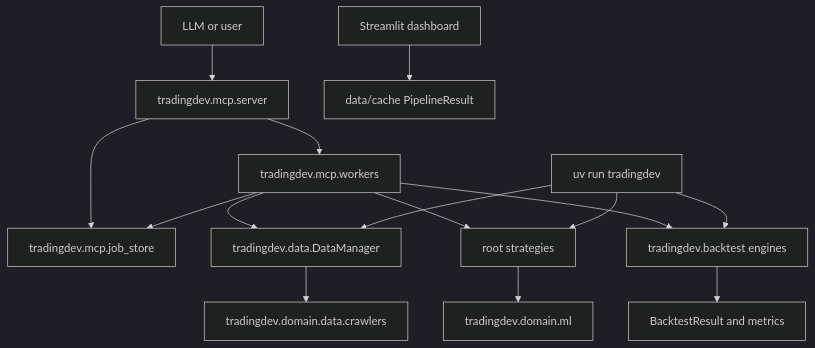
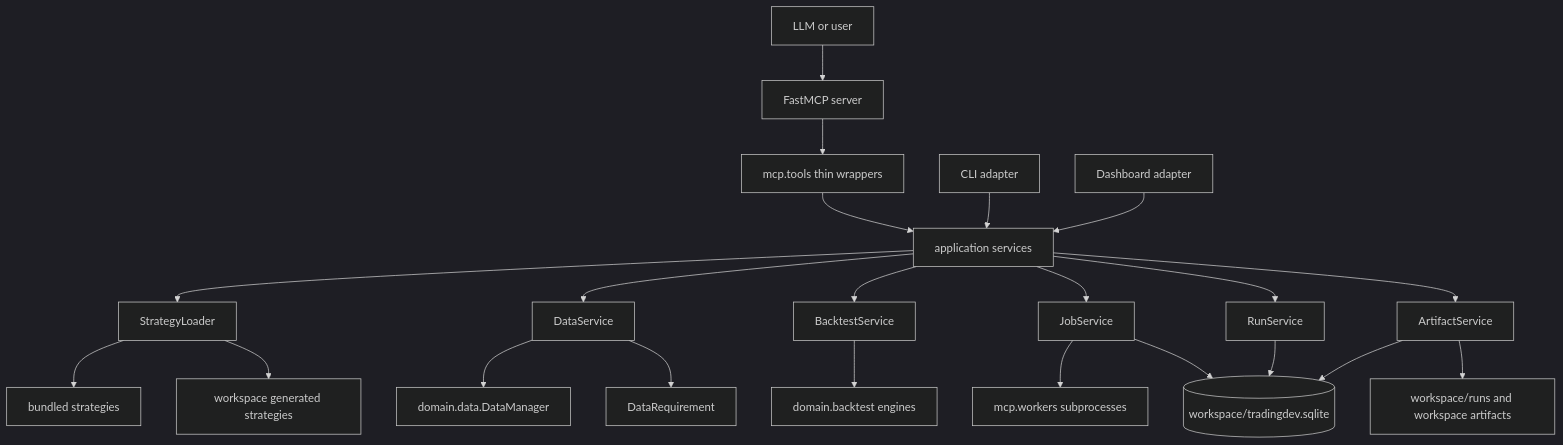
One commit to Kuan-Lun/tradingdev changed the first of 3 diagrams in ARCHITECTURE.md. Above: the diagram before and after it, drawn with Mermaid (dark theme). The commit also changed other lines of this file and 201 other files, not shown here.

Commit message:
refactor: complete mcp-first architecture

````diff
--- a/ARCHITECTURE.md
+++ b/ARCHITECTURE.md
@@ -45,18 +45,26 @@
 ```mermaid
 flowchart TB
-    user[LLM or user] --> mcp[tradingdev.mcp.server]
-    mcp --> jobs[tradingdev.mcp.job_store]
-    mcp --> workers[tradingdev.mcp.workers]
-    workers --> data[tradingdev.data.DataManager]
-    workers --> strategy[root strategies]
-    workers --> engine[tradingdev.backtest engines]
-    data --> crawlers[tradingdev.domain.data.crawlers]
-    strategy --> ml[tradingdev.domain.ml]
-    engine --> result[BacktestResult and metrics]
-    workers --> jobs
+    user[LLM or user] --> mcp[FastMCP server]
+    mcp --> tools[mcp.tools thin wrappers]
+    tools --> app[application services]
+    cli[CLI adapter] --> app
+    dashboard[Dashboard adapter] --> app
 
-    cli[uv run tradingdev] --> data
-    cli --> strategy
-    cli --> engine
-    dashboard[Streamlit dashboard] --> cache[data/cache PipelineResult]
+    app --> loader[StrategyLoader]
+    app --> data[DataService]
+    app --> backtest[BacktestService]
+    app --> jobs[JobService]
+    app --> runs[RunService]
+    app --> artifacts[ArtifactService]
+
+    loader --> bundled[bundled strategies]
+    loader --> generated[workspace generated strategies]
+    data --> manager[domain.data.DataManager]
+    data --> requirements[DataRequirement]
+    backtest --> engines[domain.backtest engines]
+    jobs --> workers[mcp.workers subprocesses]
+    jobs --> sqlite[(workspace/tradingdev.sqlite)]
+    runs --> sqlite
+    artifacts --> sqlite
+    artifacts --> files[workspace/runs and workspace artifacts]
 ```
````
